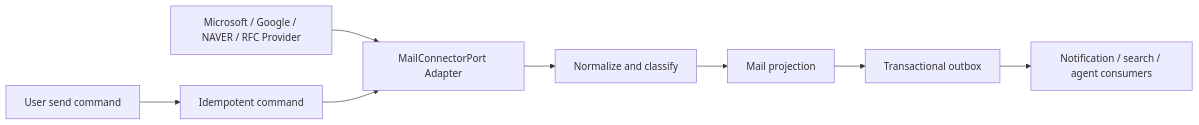
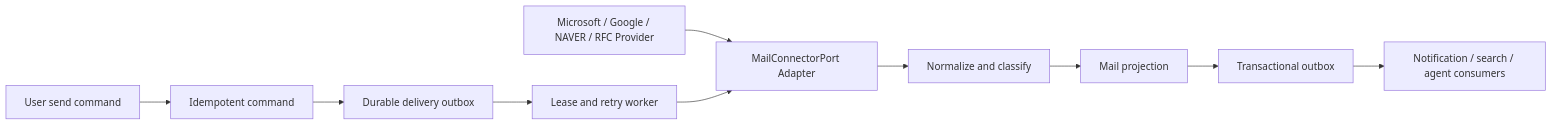
The first of 2 diagrams in docs/03-architecture/R1 Enterprise Mail and Governed AI ADR.md (choijoonbin/dwp-frontend), drawn with Mermaid before and after one commit. The commit also changed other lines of this file and 11 other files, not shown here.

````diff
--- a/docs/03-architecture/R1 Enterprise Mail and Governed AI ADR.md
+++ b/docs/03-architecture/R1 Enterprise Mail and Governed AI ADR.md
@@ -92,10 +94,12 @@
 ```mermaid
 flowchart LR
     P["Microsoft / Google / NAVER / RFC Provider"] --> A["MailConnectorPort Adapter"]
     A --> N["Normalize and classify"]
     N --> M["Mail projection"]
     M --> O["Transactional outbox"]
     O --> W["Notification / search / agent consumers"]
     U["User send command"] --> I["Idempotent command"]
-    I --> A
+    I --> D["Durable delivery outbox"]
+    D --> R["Lease and retry worker"]
+    R --> A
 ```
````
